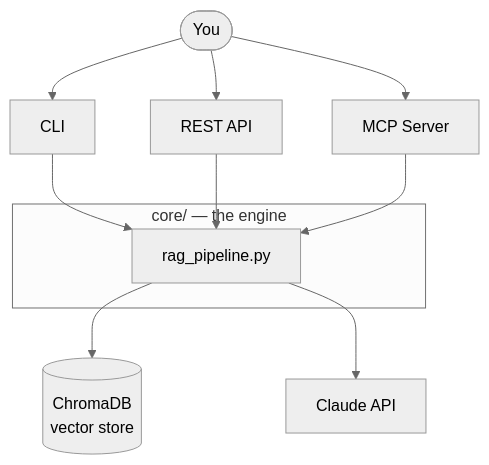
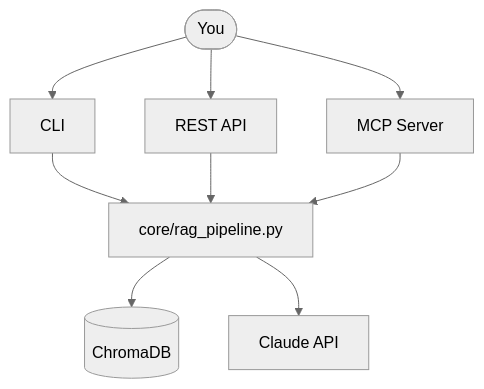
Before and after one commit to httpmonish/DOCUMIND: the first of 4 diagrams in README.md, drawn with Mermaid (neutral theme). The commit also changed other lines of this file, not shown here.

Commit message:
Fix the colliding diagram

````diff
--- a/README.md
+++ b/README.md
@@ -29,17 +35,11 @@
 ```mermaid
 flowchart TB
     U([You]) --> CLI[CLI]
     U --> API[REST API]
     U --> MCP[MCP Server]
-
-    CLI --> RP
+    CLI --> RP["core/rag_pipeline.py"]
     API --> RP
     MCP --> RP
-
-    subgraph core["core/ — the engine"]
-        RP[rag_pipeline.py]
-    end
-
-    RP --> VDB[(ChromaDB<br/>vector store)]
+    RP --> VDB[(ChromaDB)]
     RP --> Claude[Claude API]
 ```
````
